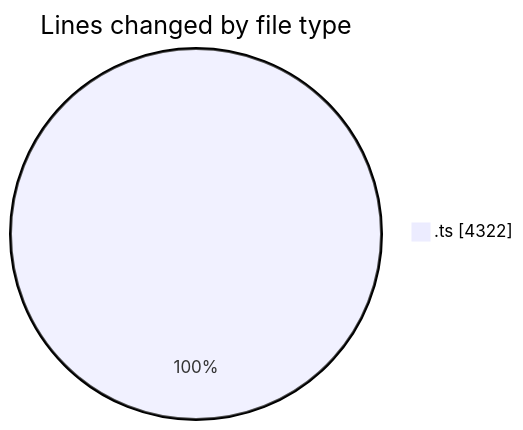
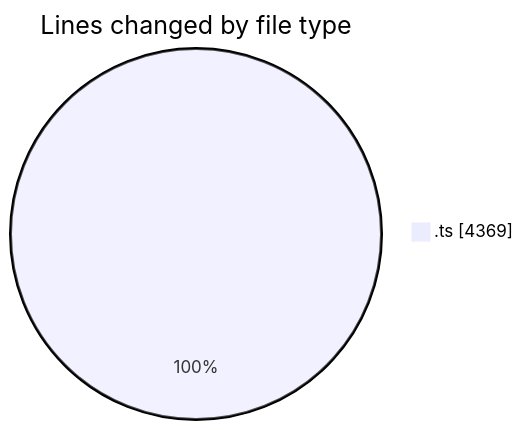
The first of 2 diagrams in 2026-10-28/cda/README.md (momahboobian/code-tracking), drawn with Mermaid before and after one commit. The commit also changed other lines of this file and 1 other file, not shown here.

````diff
--- a/2026-10-28/cda/README.md
+++ b/2026-10-28/cda/README.md
@@ -24,5 +24,5 @@
 ```mermaid
 pie showData
 title Lines changed by file type
-".ts" : 4322
+".ts" : 4369
 ```
````
